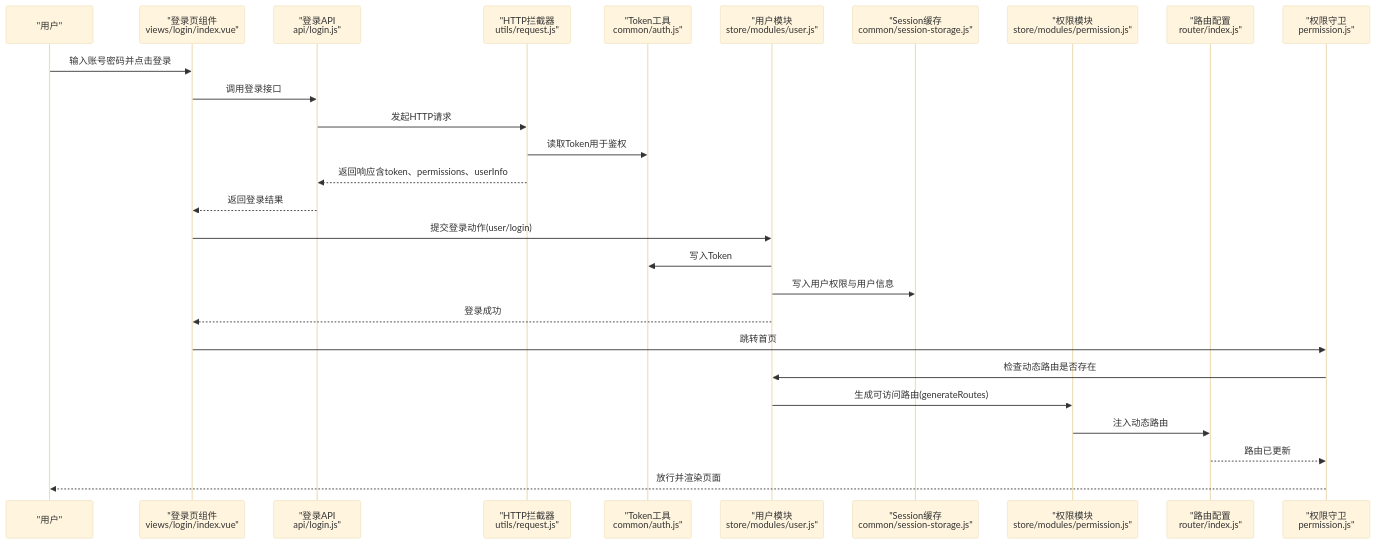
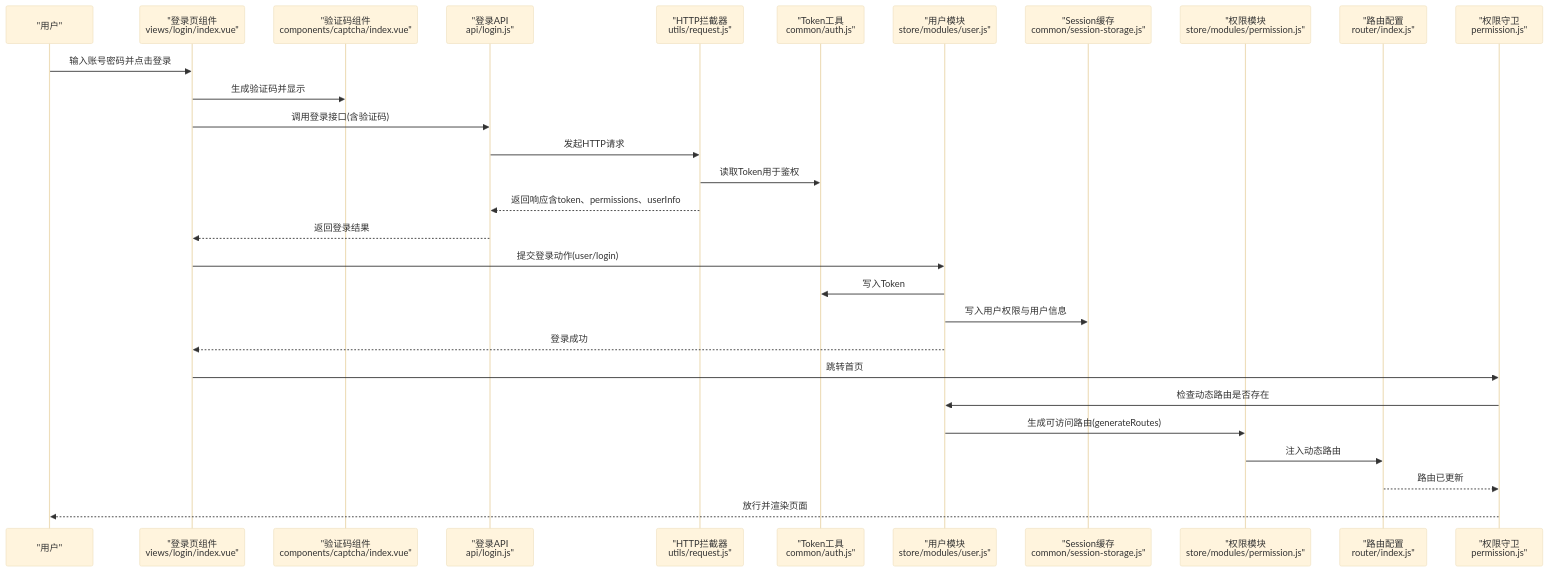
One commit to Neveryu/vue-cms changed the second of 11 diagrams in .qoder/repowiki/zh/content/核心功能/用户认证与权限管理.md. Above: the diagram before and after it, drawn with Mermaid (base theme). The commit also changed other lines of this file and 25 other files, not shown here.

````diff
--- a/.qoder/repowiki/zh/content/核心功能/用户认证与权限管理.md
+++ b/.qoder/repowiki/zh/content/核心功能/用户认证与权限管理.md
@@ -150,29 +210,31 @@
 ```mermaid
 sequenceDiagram
 participant U as "用户"
 participant LV as "登录页组件<br/>views/login/index.vue"
+participant CAP as "验证码组件<br/>components/captcha/index.vue"
 participant API as "登录API<br/>api/login.js"
 participant AX as "HTTP拦截器<br/>utils/request.js"
 participant AU as "Token工具<br/>common/auth.js"
 participant ST as "用户模块<br/>store/modules/user.js"
 participant SE as "Session缓存<br/>common/session-storage.js"
 participant PE as "权限模块<br/>store/modules/permission.js"
 participant RT as "路由配置<br/>router/index.js"
 participant PG as "权限守卫<br/>permission.js"
 U->>LV : 输入账号密码并点击登录
-LV->>API : 调用登录接口
+LV->>CAP : 生成验证码并显示
+LV->>API : 调用登录接口(含验证码)
 API->>AX : 发起HTTP请求
 AX->>AU : 读取Token用于鉴权
 AX-->>API : 返回响应含token、permissions、userInfo
 API-->>LV : 返回登录结果
 LV->>ST : 提交登录动作(user/login)
 ST->>AU : 写入Token
 ST->>SE : 写入用户权限与用户信息
 ST-->>LV : 登录成功
 LV->>PG : 跳转首页
 PG->>ST : 检查动态路由是否存在
 ST->>PE : 生成可访问路由(generateRoutes)
 PE->>RT : 注入动态路由
 RT-->>PG : 路由已更新
 PG-->>U : 放行并渲染页面
 ```
````
